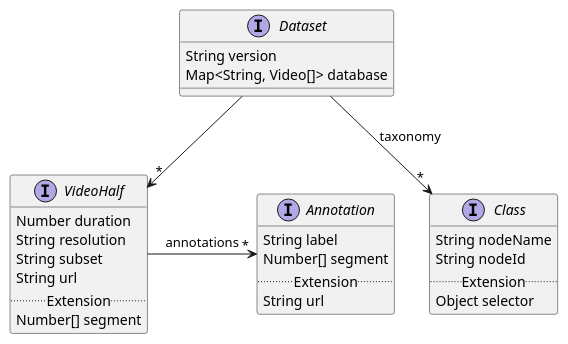
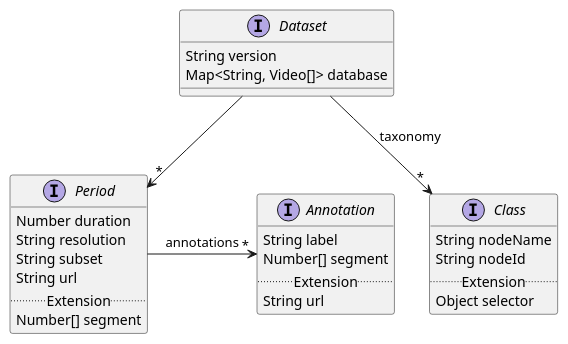
Before and after one commit to simnado/Master-Thesis: the diagram in fig/storage.puml, drawn with PlantUML. The commit also changed 9 other files, not shown here.

```diff
--- a/fig/storage.puml
+++ b/fig/storage.puml
@@ -1,36 +1,36 @@
 @startuml
 
 interface Dataset {
     String version
     Map<String, Video[]> database
 }
 
 Dataset --> "*" Class : taxonomy
-Dataset --> "*" VideoHalf
+Dataset --> "*" Period
 
 interface Class {
     String nodeName
     String nodeId
     .. Extension ..
     Object selector
 }
 
-interface VideoHalf {
+interface Period {
     Number duration
     String resolution
     String subset
     String url
     .. Extension ..
     Number[] segment
 }
 
 interface Annotation {
     String label
     Number[] segment
     .. Extension ..
     String url
 }
 
-VideoHalf -right-> "*" Annotation : annotations
+Period -right-> "*" Annotation : annotations
 
 @enduml
```
